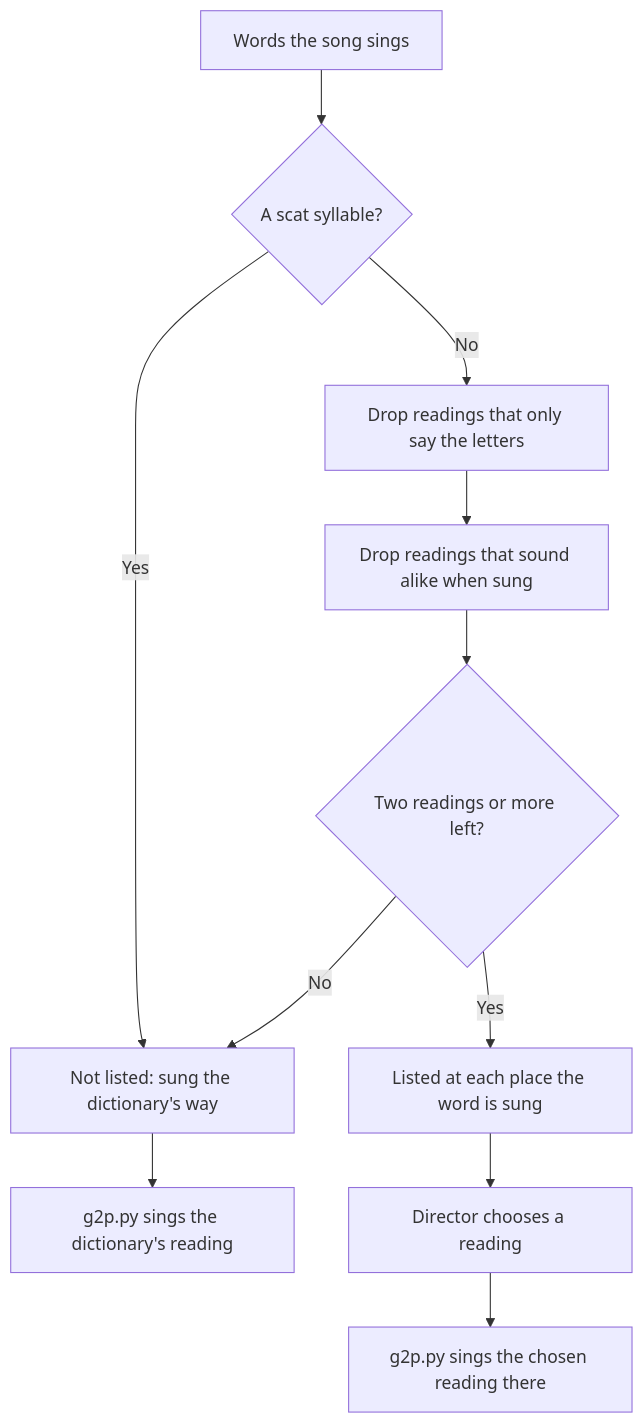
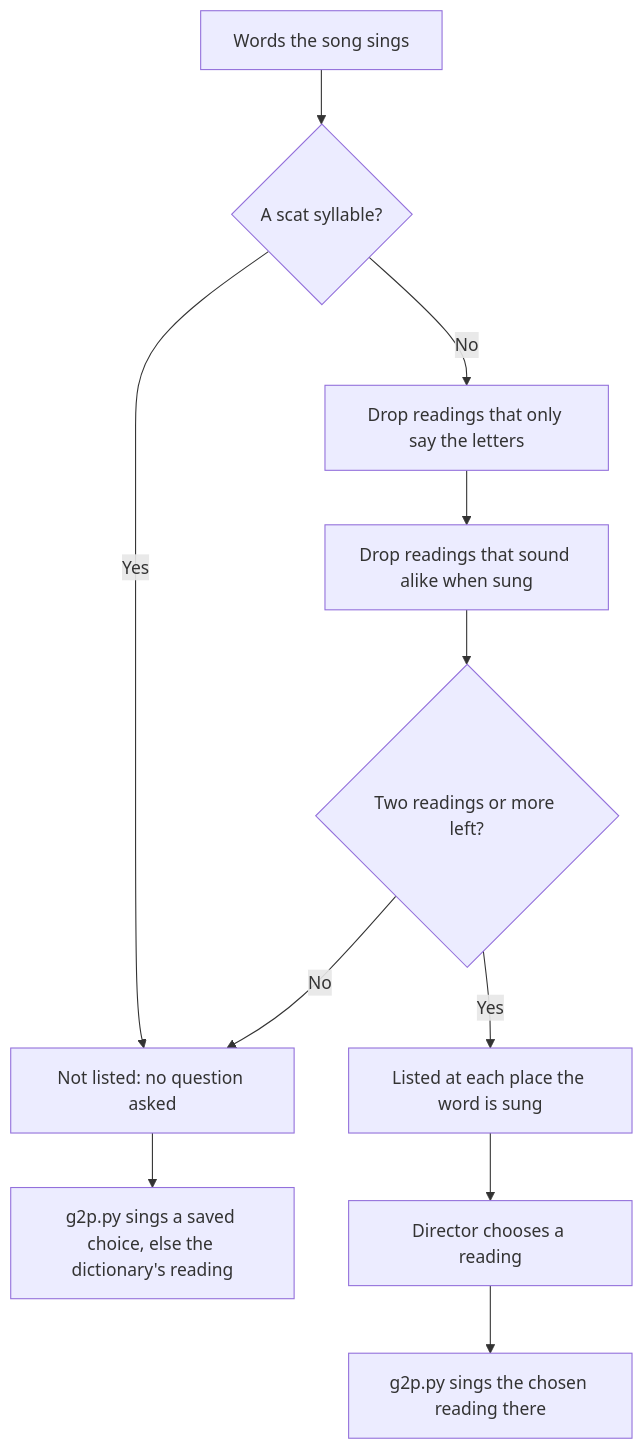
One commit to eerovil/musescore-choir-plugins changed the diagram in docs/diagrams/pronunciation-list.md. Above: the diagram before and after it, drawn with Mermaid. The commit also changed other lines of this file, not shown here.

Commit message:
Diagram: a hidden word can still sing a saved choice (agentdeck#4094)

````diff
--- a/docs/diagrams/pronunciation-list.md
+++ b/docs/diagrams/pronunciation-list.md
@@ -7,17 +8,17 @@
 ```mermaid
 flowchart TD
     words[Words the song sings] --> scat{A scat syllable?}
-    scat -- Yes --> quiet[Not listed: sung the dictionary's way]
+    scat -- Yes --> quiet[Not listed: no question asked]
     scat -- No --> letters[Drop readings that only say the letters]
     letters --> alike[Drop readings that sound alike when sung]
     alike --> two{Two readings or more left?}
     two -- No --> quiet
     two -- Yes --> listed[Listed at each place the word is sung]
     listed --> choice[Director chooses a reading]
     choice --> sung[g2p.py sings the chosen reading there]
-    quiet --> default[g2p.py sings the dictionary's reading]
+    quiet --> default[g2p.py sings a saved choice, else the dictionary's reading]
     class words,letters,alike blue
     class scat,two amber
     class listed,choice green
     class quiet,sung,default teal
 ```
````
